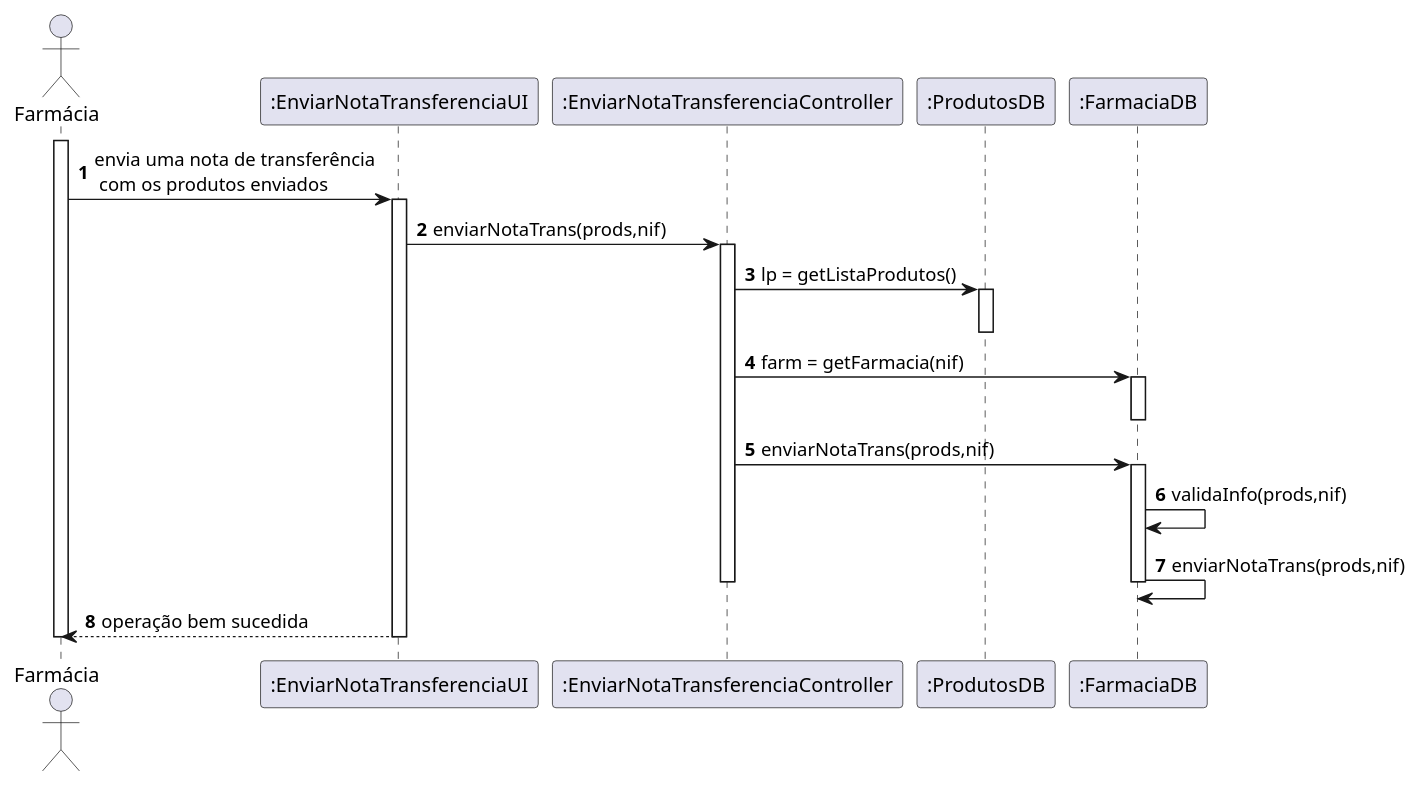
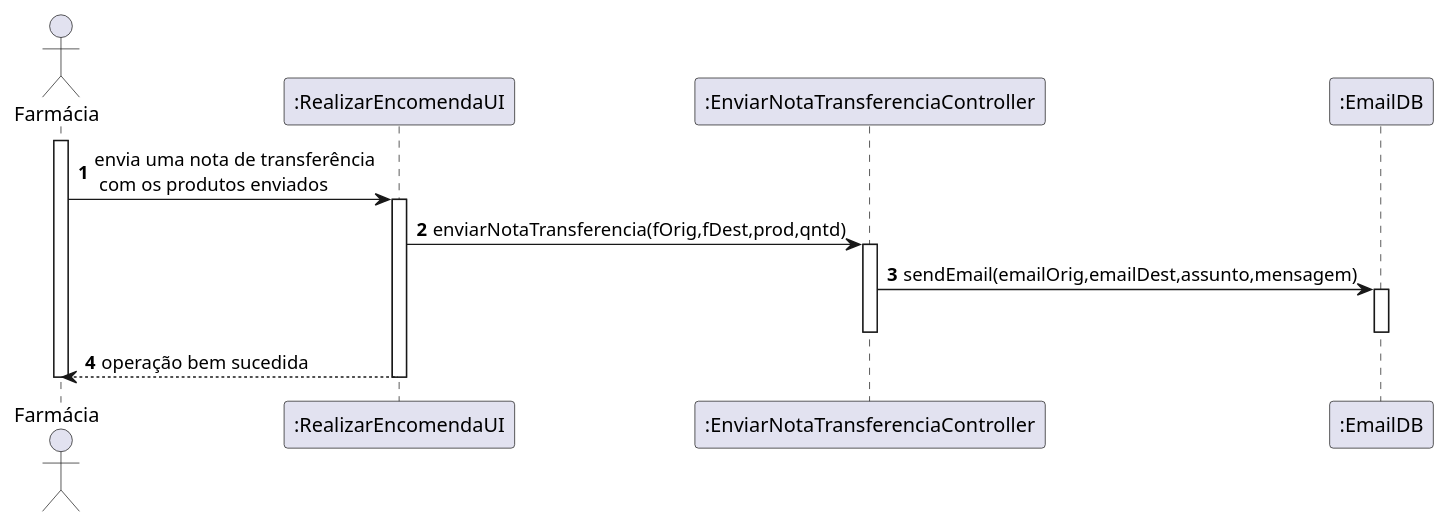
One commit to pedrolemos4/LAPR3 changed the diagram in docs/UC131/UC131_EnviarNotaTransferenciaSD.puml. Above: the diagram before and after it, drawn with PlantUML. The commit also changed 5 other files, not shown here.

Commit message:
LAP3AP4-161 #close Enviar Nota Transferencia [Review]

```diff
--- a/docs/UC131/UC131_EnviarNotaTransferenciaSD.puml
+++ b/docs/UC131/UC131_EnviarNotaTransferenciaSD.puml
@@ -1,39 +1,26 @@
 @startuml
 autonumber
 
 actor "Farmácia" as FARM
-participant ":EnviarNotaTransferenciaUI" as UI
+participant ":RealizarEncomendaUI" as UI
 participant ":EnviarNotaTransferenciaController" as CTL
-participant ":ProdutosDB" as PDB
-participant ":FarmaciaDB" as FDB
+participant ":EmailDB" as EDB
 
 activate FARM
 FARM -> UI : envia uma nota de transferência\n com os produtos enviados
 activate UI
-UI -> CTL : enviarNotaTrans(prods,nif)
+UI -> CTL : enviarNotaTransferencia(fOrig,fDest,prod,qntd)
 activate CTL
 
-CTL -> PDB : lp = getListaProdutos()
-activate PDB
-deactivate PDB
+CTL -> EDB : sendEmail(emailOrig,emailDest,assunto,mensagem)
+activate EDB
 
-CTL -> FDB : farm = getFarmacia(nif)
-activate FDB
-deactivate FDB
-
-CTL -> FDB : enviarNotaTrans(prods,nif)
-activate FDB
-
-FDB -> FDB : validaInfo(prods,nif)
-
-FDB -> FDB : enviarNotaTrans(prods,nif)
-
-deactivate FDB
+deactivate EDB
 
 deactivate CTL
 
 UI --> FARM : operação bem sucedida
 deactivate UI
 
 deactivate FARM
 @enduml
```
